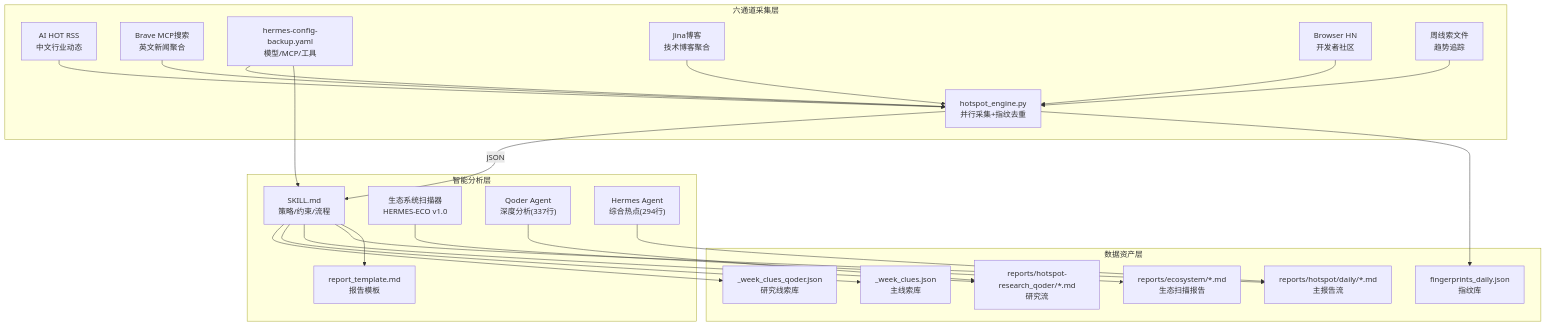
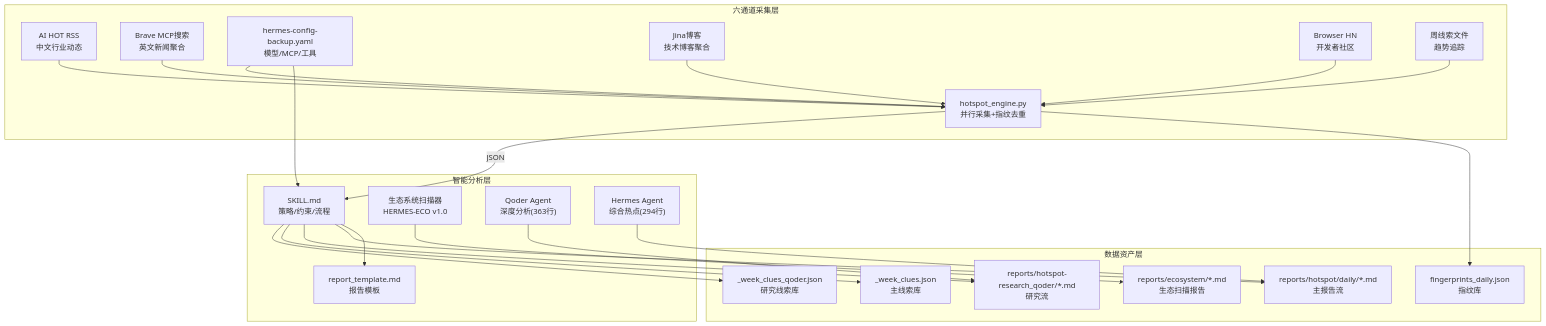
One commit to John198912/hermes_workspace changed the first of 4 diagrams in .qoder/repowiki/zh/content/核心技能详解/Qoder Agent 每日热点报告系统.md. Above: the diagram before and after it, drawn with Mermaid. The commit also changed other lines of this file and 36 other files, not shown here.

````diff
--- a/.qoder/repowiki/zh/content/核心技能详解/Qoder Agent 每日热点报告系统.md
+++ b/.qoder/repowiki/zh/content/核心技能详解/Qoder Agent 每日热点报告系统.md
@@ -48,45 +50,45 @@
 ```mermaid
 graph TB
 subgraph "六通道采集层"
 E["hotspot_engine.py<br/>并行采集+指纹去重"]
 A["AI HOT RSS<br/>中文行业动态"]
 B["Brave MCP搜索<br/>英文新闻聚合"]
 C["byted-web搜索<br/>中文社交媒体"]
 D["Jina博客<br/>技术博客聚合"]
 F["Browser HN<br/>开发者社区"]
 G["周线索文件<br/>趋势追踪"]
 end
 subgraph "智能分析层"
 S["SKILL.md<br/>策略/约束/流程"]
 T["report_template.md<br/>报告模板"]
 C["hermes-config-backup.yaml<br/>模型/MCP/工具"]
 ES["生态系统扫描器<br/>HERMES-ECO v1.0"]
-QA["Qoder Agent<br/>深度分析(337行)"]
+QA["Qoder Agent<br/>深度分析(363行)"]
 HA["Hermes Agent<br/>综合热点(294行)"]
 end
 subgraph "数据资产层"
 FP["fingerprints_daily.json<br/>指纹库"]
 R1["reports/hotspot/daily/*.md<br/>主报告流"]
 R2["reports/hotspot-research_qoder/*.md<br/>研究流"]
 W1["_week_clues.json<br/>主线索库"]
 W2["_week_clues_qoder.json<br/>研究线索库"]
 EC["reports/ecosystem/*.md<br/>生态扫描报告"]
 end
 E --> FP
 E --> |"JSON"| S
 S --> T
 C --> S
 S --> R1
 S --> R2
 S --> W1
 S --> W2
 ES --> EC
 QA --> R2
 HA --> R1
 A --> E
 B --> E
 C --> E
 D --> E
 F --> E
 G --> E
 ```
````
